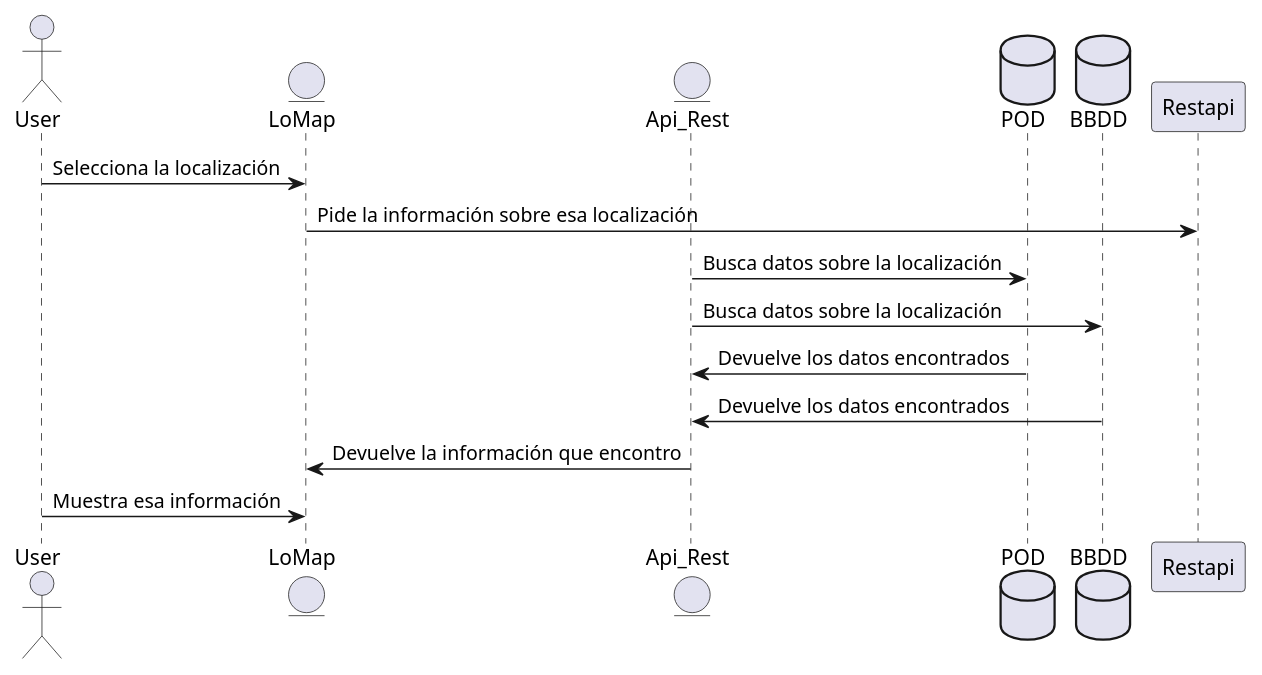
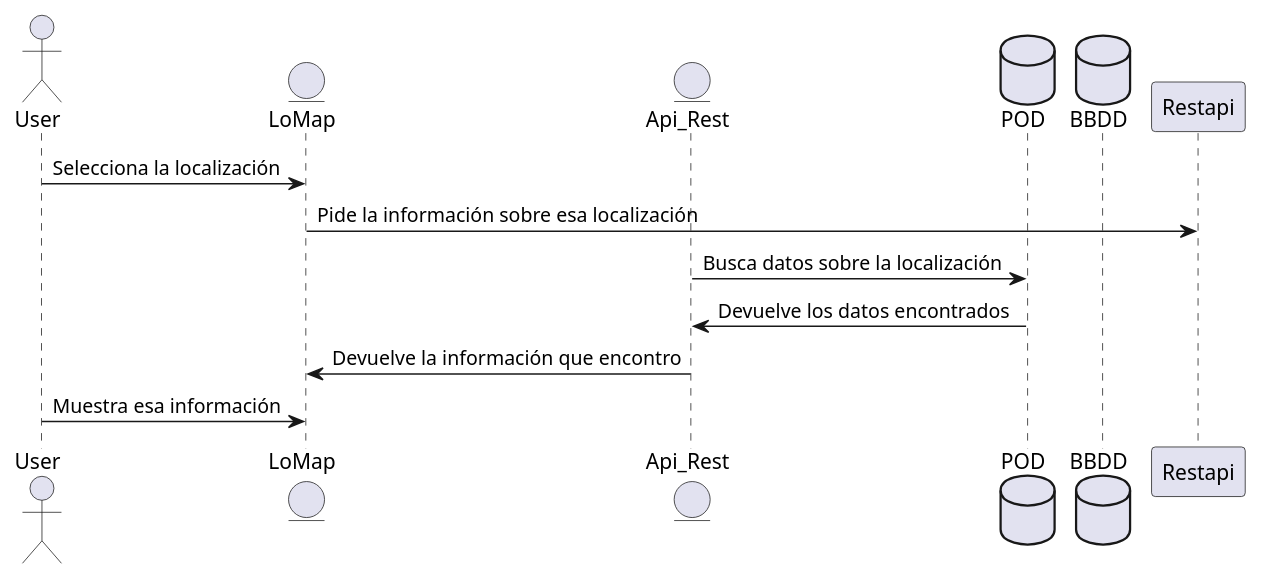
The fifth of 5 diagrams in docs/06_runtime_view.adoc (Arquisoft/lomap_es6a), drawn with PlantUML before and after one commit. The commit also changed other lines of this file and 5 other files, not shown here.

```diff
--- a/docs/06_runtime_view.adoc
+++ b/docs/06_runtime_view.adoc
@@ -106,17 +102,15 @@
 [plantuml,"Sequence diagram2",png]
 ----
 actor User
 entity LoMap
 entity Api_Rest
 database POD
 database BBDD
 
 User -> LoMap: Selecciona la localización
 LoMap -> Restapi: Pide la información sobre esa localización 
 Api_Rest -> POD: Busca datos sobre la localización
-Api_Rest -> BBDD: Busca datos sobre la localización
 Api_Rest <- POD: Devuelve los datos encontrados
-Api_Rest <- BBDD: Devuelve los datos encontrados
 LoMap <- Api_Rest: Devuelve la información que encontro
 User -> LoMap: Muestra esa información
 ----
```
